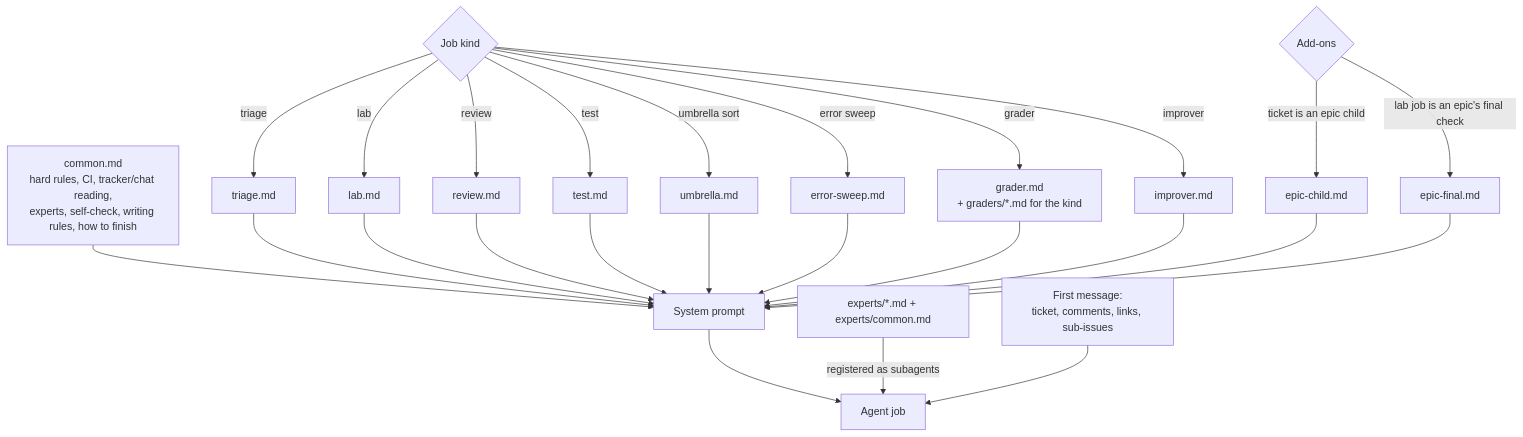
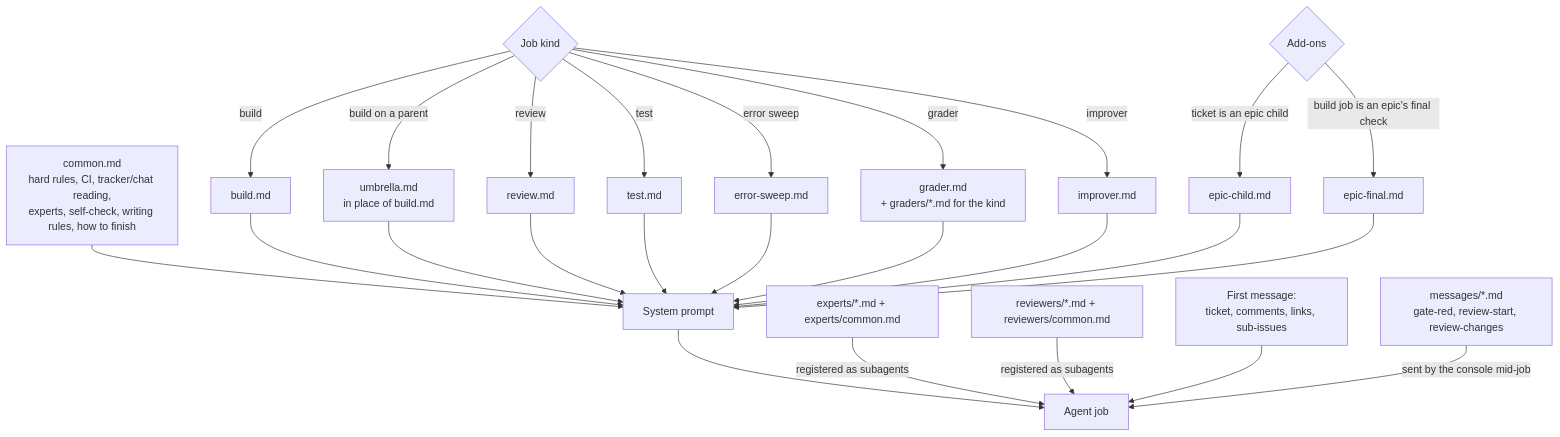
One commit to alairock/agent-console-spec changed the diagram in prompts/README.md. Above: the diagram before and after it, drawn with Mermaid. The commit also changed other lines of this file and 25 other files, not shown here.

````diff
--- a/prompts/README.md
+++ b/prompts/README.md
@@ -10,21 +10,22 @@
 ```mermaid
 flowchart TB
   C[common.md<br/>hard rules, CI, tracker/chat reading,<br/>experts, self-check, writing rules, how to finish]
   K{Job kind}
   C --> P[System prompt]
-  K -->|triage| T[triage.md]
-  K -->|lab| L[lab.md]
+  K -->|build| B[build.md]
+  K -->|build on a parent| U[umbrella.md<br/>in place of build.md]
   K -->|review| R[review.md]
   K -->|test| TE[test.md]
-  K -->|umbrella sort| U[umbrella.md]
   K -->|error sweep| E[error-sweep.md]
   K -->|grader| GR["grader.md<br/>+ graders/*.md for the kind"]
   K -->|improver| IM[improver.md]
-  T & L & R & TE & U & E & GR & IM --> P
+  B & U & R & TE & E & GR & IM --> P
   A{Add-ons} -->|ticket is an epic child| EC[epic-child.md]
-  A -->|lab job is an epic's final check| EF[epic-final.md]
+  A -->|build job is an epic's final check| EF[epic-final.md]
   EC & EF --> P
   P --> J[Agent job]
   X[experts/*.md + experts/common.md] -->|registered as subagents| J
+  RV[reviewers/*.md + reviewers/common.md] -->|registered as subagents| J
   F[First message:<br/>ticket, comments, links, sub-issues] --> J
+  M[messages/*.md<br/>gate-red, review-start, review-changes] -->|sent by the console mid-job| J
 ```
````
